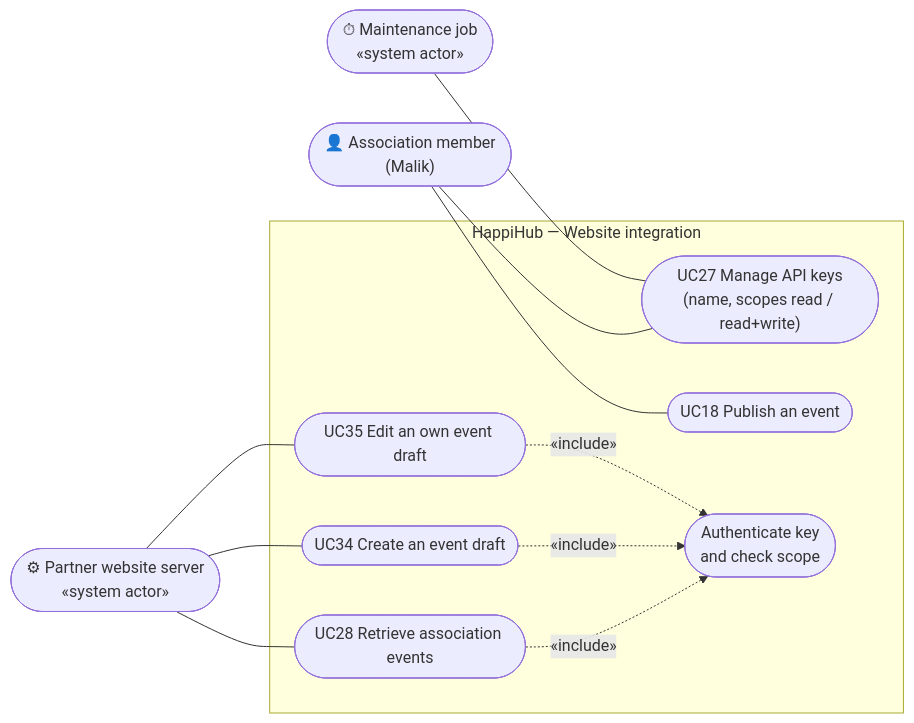
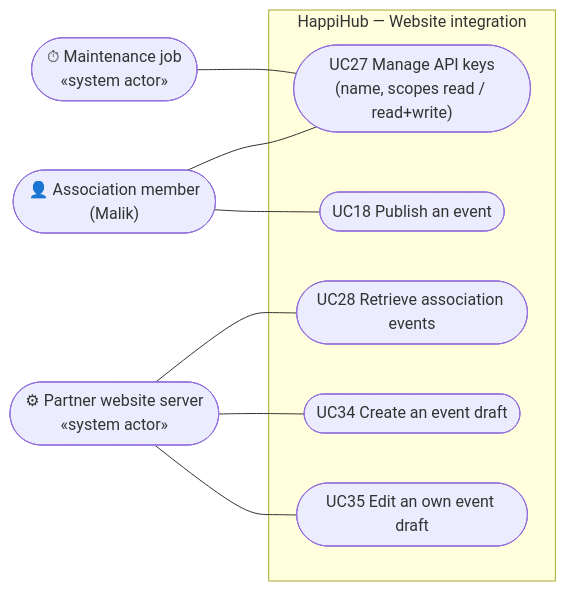
The diagram in docs/architecture/diagrams/partner-api/01-use-case.md (benoit-bremaud/HappiHub), drawn with Mermaid before and after one commit. The commit also changed other lines of this file and 6 other files, not shown here.

````diff
--- a/docs/architecture/diagrams/partner-api/01-use-case.md
+++ b/docs/architecture/diagrams/partner-api/01-use-case.md
@@ -9,25 +9,21 @@
 ```mermaid
 flowchart LR
   Malik(["👤 Association member<br/>(Malik)"])
   Site(["⚙ Partner website server<br/>«system actor»"])
   Job(["⏱ Maintenance job<br/>«system actor»"])
 
   subgraph HH["HappiHub — Website integration"]
     UC27(["UC27 Manage API keys<br/>(name, scopes read / read+write)"])
     UC28(["UC28 Retrieve association events"])
     UC34(["UC34 Create an event draft"])
     UC35(["UC35 Edit an own event draft"])
     UC18(["UC18 Publish an event"])
-    AUTH(["Authenticate key<br/>and check scope"])
   end
 
   Malik --- UC27
   Malik --- UC18
   Site --- UC28
   Site --- UC34
   Site --- UC35
   Job --- UC27
-  UC28 -. "«include»" .-> AUTH
-  UC34 -. "«include»" .-> AUTH
-  UC35 -. "«include»" .-> AUTH
 ```
````
